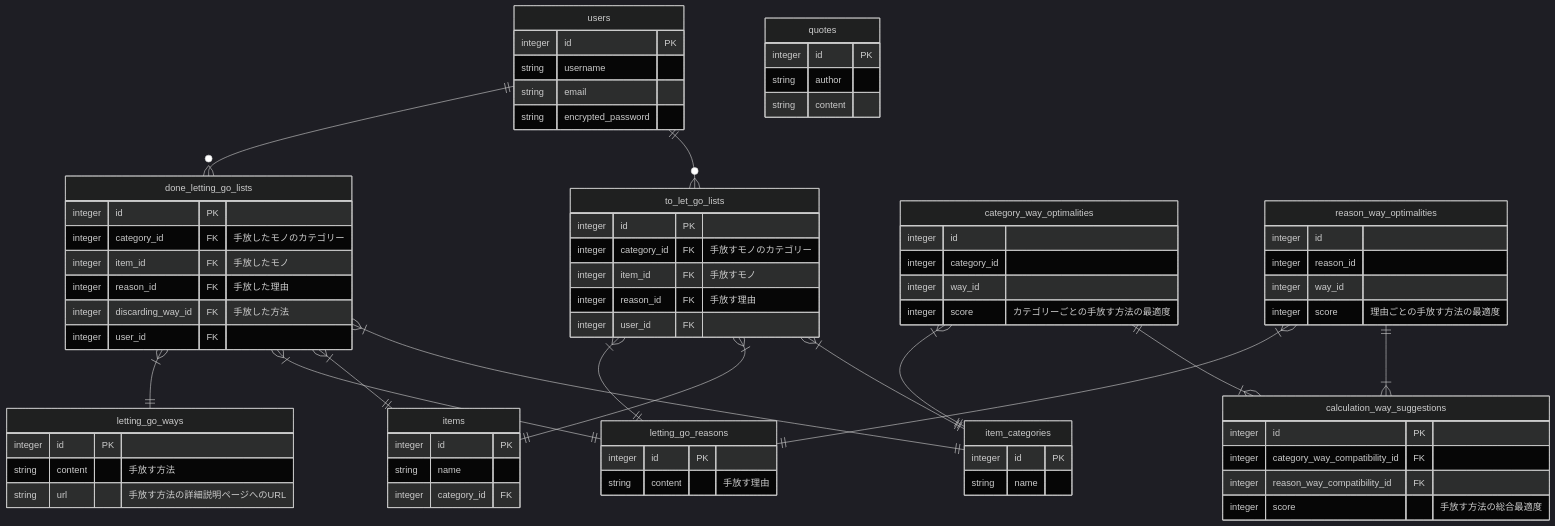
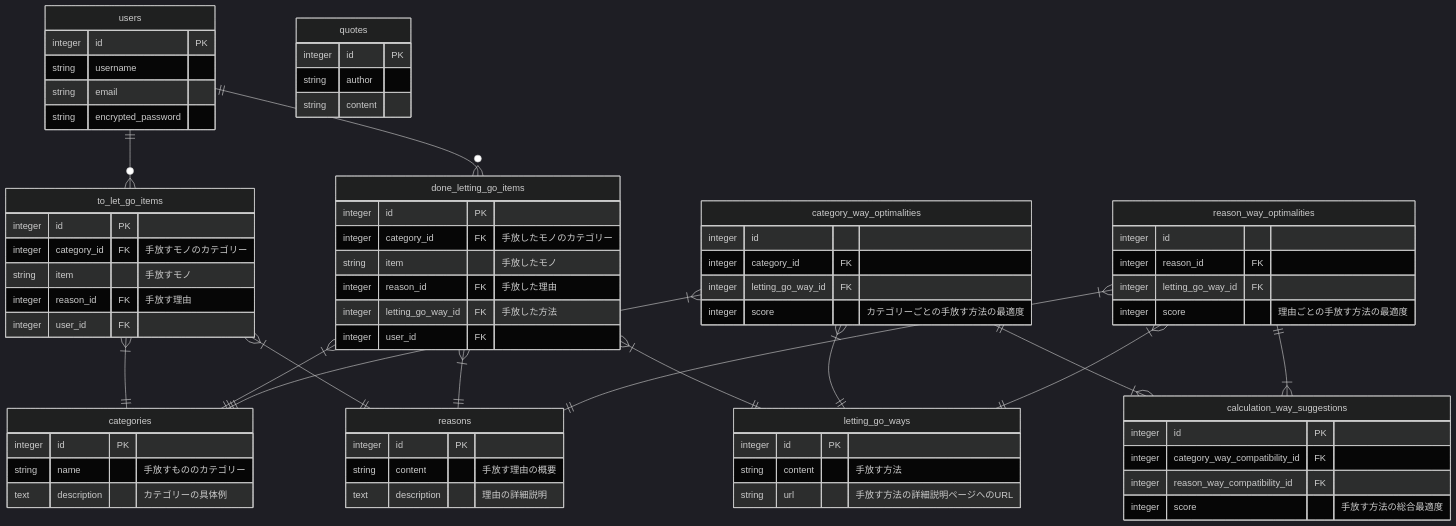
One commit to sarii0213/karoyaka_sketch changed the diagram in db_architecture.md. Above: the diagram before and after it, drawn with Mermaid (dark theme).

````diff
--- a/db_architecture.md
+++ b/db_architecture.md
@@ -1,19 +1,19 @@
 ```mermaid
 erDiagram
 
-users ||--o{ to_let_go_lists : ""
-users ||--o{ done_letting_go_lists : ""
-to_let_go_lists }|--|| item_categories : ""
-done_letting_go_lists }|--|| item_categories : ""
-to_let_go_lists }|--|| items : ""
-done_letting_go_lists }|--|| items : ""
-to_let_go_lists }|--|| letting_go_reasons : ""
-done_letting_go_lists }|--|| letting_go_reasons : ""
-done_letting_go_lists }|--|| letting_go_ways : ""
+users ||--o{ to_let_go_items : ""
+users ||--o{ done_letting_go_items : ""
+to_let_go_items }|--|| categories : ""
+done_letting_go_items }|--|| categories : ""
+to_let_go_items }|--|| reasons : ""
+done_letting_go_items }|--|| reasons : ""
+done_letting_go_items }|--|| letting_go_ways : ""
 category_way_optimalities ||--|{ calculation_way_suggestions : ""
 reason_way_optimalities ||--|{ calculation_way_suggestions : ""
-category_way_optimalities }|--|| item_categories : ""
-reason_way_optimalities }|--|| letting_go_reasons : ""
+category_way_optimalities }|--|| categories : ""
+category_way_optimalities }|--|| letting_go_ways : ""
+reason_way_optimalities }|--|| reasons : ""
+reason_way_optimalities }|--|| letting_go_ways : ""
 
 users {
 integer id PK
@@ -22,37 +22,33 @@
 string encrypted_password
 }
 
-to_let_go_lists {
+to_let_go_items {
 integer id PK
 integer category_id FK "手放すモノのカテゴリー"
-integer item_id FK "手放すモノ"
+string item  "手放すモノ"
 integer reason_id FK "手放す理由"
 integer user_id FK  
 }
 
-done_letting_go_lists {
+done_letting_go_items {
 integer id PK
 integer category_id FK "手放したモノのカテゴリー"
-integer item_id FK "手放したモノ"
+string item  "手放したモノ"
 integer reason_id FK "手放した理由" 
-integer discarding_way_id FK "手放した方法"
+integer letting_go_way_id FK "手放した方法"
 integer user_id FK  
 }
 
-item_categories {
+categories {
 integer id PK 
-string name
+string name "手放すもののカテゴリー"
+text description "カテゴリーの具体例"
 }
 
-items {
+reasons {
 integer id PK 
-string name 
-integer category_id FK 
-}
-
-letting_go_reasons {
-integer id PK 
-string content "手放す理由"
+string content "手放す理由の概要"
+text description "理由の詳細説明"
 }
 
 letting_go_ways {
@@ -63,15 +59,15 @@
 
 category_way_optimalities {
 integer id
-integer category_id 
-integer way_id
+integer category_id FK
+integer letting_go_way_id FK
 integer score "カテゴリーごとの手放す方法の最適度"
 }
 
 reason_way_optimalities {
 integer id
-integer reason_id 
-integer way_id
+integer reason_id FK
+integer letting_go_way_id FK
 integer score "理由ごとの手放す方法の最適度"
 }
 
@@ -87,4 +83,7 @@
 string author
 string content
 }
+
+
+
 ```
````
